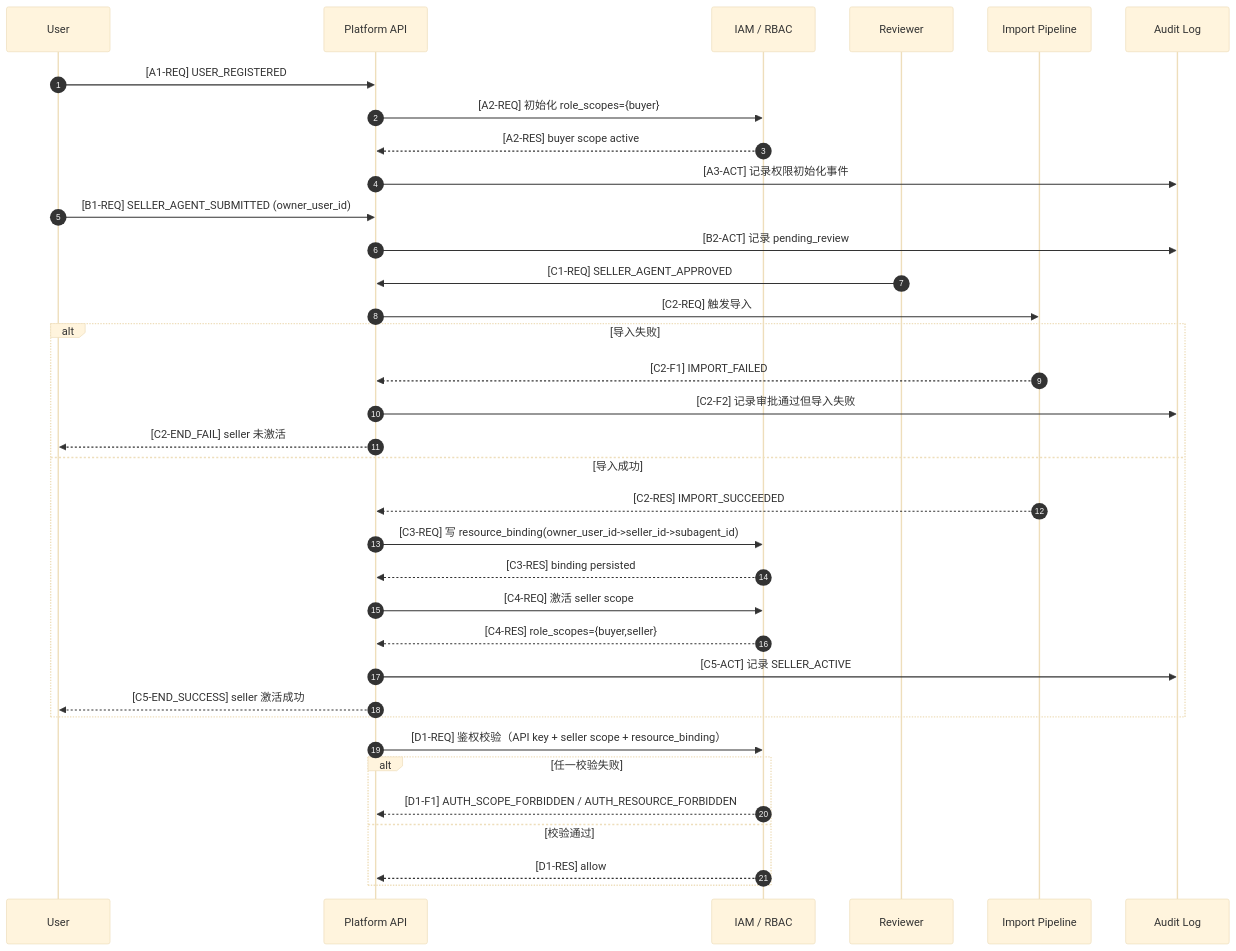
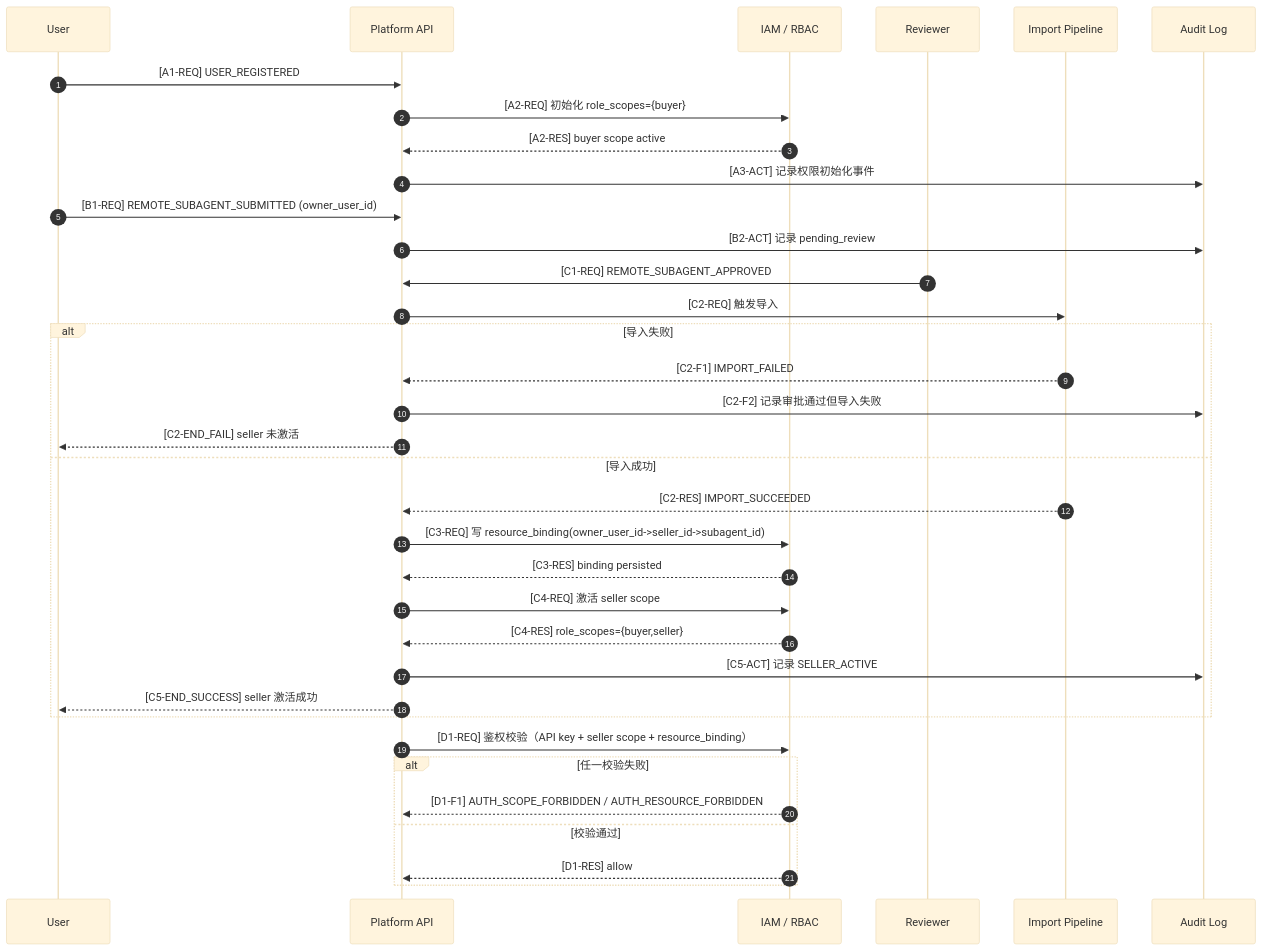
Before and after one commit to hejiajiudeeyu/remote-subagent-protocol: the second of 2 diagrams in docs/diagrams/permission-lifecycle-and-rbac.md, drawn with Mermaid (base theme). The commit also changed other lines of this file and 68 other files, not shown here.

````diff
--- a/docs/diagrams/permission-lifecycle-and-rbac.md
+++ b/docs/diagrams/permission-lifecycle-and-rbac.md
@@ -57,41 +57,41 @@
 ```mermaid
 sequenceDiagram
     autonumber
     participant U as User
     participant P as Platform API
     participant IAM as IAM / RBAC
     participant RV as Reviewer
     participant IMP as Import Pipeline
     participant AUD as Audit Log
 
     U->>P: [A1-REQ] USER_REGISTERED
     P->>IAM: [A2-REQ] 初始化 role_scopes={buyer}
     IAM-->>P: [A2-RES] buyer scope active
     P->>AUD: [A3-ACT] 记录权限初始化事件
 
-    U->>P: [B1-REQ] SELLER_AGENT_SUBMITTED (owner_user_id)
+    U->>P: [B1-REQ] REMOTE_SUBAGENT_SUBMITTED (owner_user_id)
     P->>AUD: [B2-ACT] 记录 pending_review
 
-    RV->>P: [C1-REQ] SELLER_AGENT_APPROVED
+    RV->>P: [C1-REQ] REMOTE_SUBAGENT_APPROVED
     P->>IMP: [C2-REQ] 触发导入
     alt 导入失败
         IMP-->>P: [C2-F1] IMPORT_FAILED
         P->>AUD: [C2-F2] 记录审批通过但导入失败
         P-->>U: [C2-END_FAIL] seller 未激活
     else 导入成功
         IMP-->>P: [C2-RES] IMPORT_SUCCEEDED
         P->>IAM: [C3-REQ] 写 resource_binding(owner_user_id->seller_id->subagent_id)
         IAM-->>P: [C3-RES] binding persisted
         P->>IAM: [C4-REQ] 激活 seller scope
         IAM-->>P: [C4-RES] role_scopes={buyer,seller}
         P->>AUD: [C5-ACT] 记录 SELLER_ACTIVE
         P-->>U: [C5-END_SUCCESS] seller 激活成功
     end
 
     P->>IAM: [D1-REQ] 鉴权校验（API key + seller scope + resource_binding）
     alt 任一校验失败
         IAM-->>P: [D1-F1] AUTH_SCOPE_FORBIDDEN / AUTH_RESOURCE_FORBIDDEN
     else 校验通过
         IAM-->>P: [D1-RES] allow
     end
 ```
````
